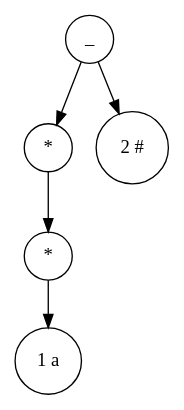
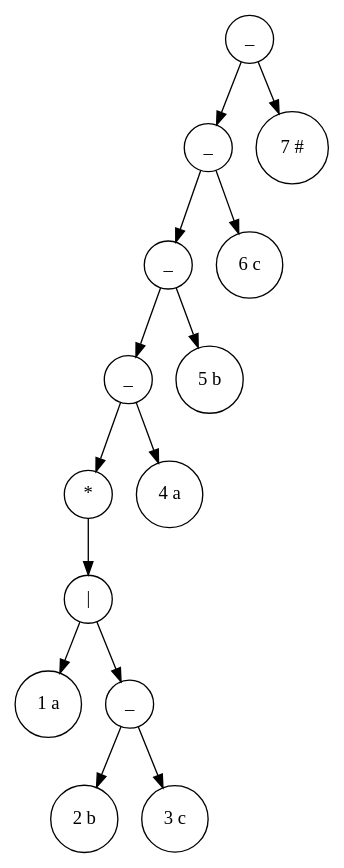
One commit to x6x4/LAB2_URGENCY changed the diagram in tree_output/tree_output.dot. Above: the diagram before and after it, drawn with Graphviz. The commit also changed 8 other files, not shown here.

```diff
--- a/tree_output/tree_output.dot
+++ b/tree_output/tree_output.dot
@@ -1,12 +1,30 @@
 digraph Tree {
 node [shape=circle];
-93931964044416 [label="_"];
-93931964044416 -> 93931964044208;
-93931964044208 [label="*"];
-93931964044208 -> 93931964044160;
-93931964044160 [label="*"];
-93931964044160 -> 93931964043968;
-93931964043968 [label="1 a"];
-93931964044416 -> 93931964044256;
-93931964044256 [label="2 #"];
+94013749581680 [label="_"];
+94013749581680 -> 94013749581584;
+94013749581584 [label="_"];
+94013749581584 -> 94013749581440;
+94013749581440 [label="_"];
+94013749581440 -> 94013749581296;
+94013749581296 [label="_"];
+94013749581296 -> 94013749581152;
+94013749581152 [label="*"];
+94013749581152 -> 94013749581104;
+94013749581104 [label="|"];
+94013749581104 -> 94013749580480;
+94013749580480 [label="1 a"];
+94013749581104 -> 94013749580912;
+94013749580912 [label="_"];
+94013749580912 -> 94013749580528;
+94013749580528 [label="2 b"];
+94013749580912 -> 94013749580720;
+94013749580720 [label="3 c"];
+94013749581296 -> 94013749581200;
+94013749581200 [label="4 a"];
+94013749581440 -> 94013749581344;
+94013749581344 [label="5 b"];
+94013749581584 -> 94013749581488;
+94013749581488 [label="6 c"];
+94013749581680 -> 94013749581632;
+94013749581632 [label="7 #"];
 }
```
